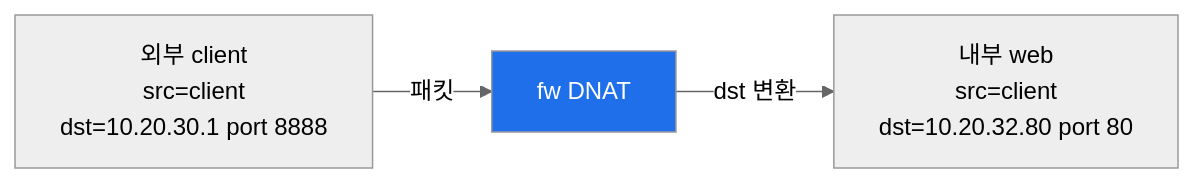
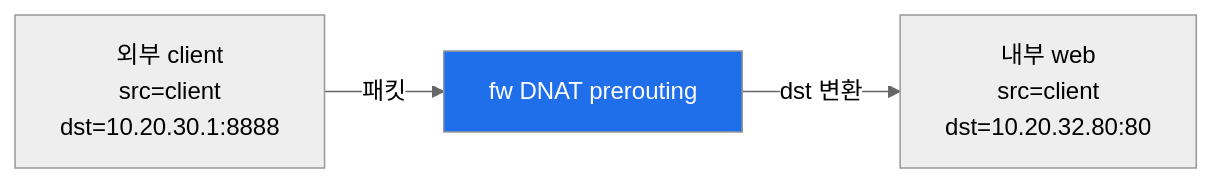
One commit to mrgrit/ccc changed the second of 7 diagrams in contents/standalone/lecture/secuops/week03.md. Above: the diagram before and after it, drawn with Mermaid (neutral theme). The commit also changed other lines of this file and 1 other file, not shown here.

````diff
--- a/contents/standalone/lecture/secuops/week03.md
+++ b/contents/standalone/lecture/secuops/week03.md
@@ -91,9 +117,9 @@
 ```mermaid
 graph LR
-    SRC["외부 client<br/>src=client<br/>dst=10.20.30.1 port 8888"]
-    FW[fw DNAT]
-    DST["내부 web<br/>src=client<br/>dst=10.20.32.80 port 80"]
+    SRC["외부 client<br/>src=client<br/>dst=10.20.30.1:8888"]
+    FW[fw DNAT prerouting]
+    DST["내부 web<br/>src=client<br/>dst=10.20.32.80:80"]
     SRC -->|패킷| FW
     FW -->|dst 변환| DST
     style FW fill:#1f6feb,color:#fff
 ```
````
